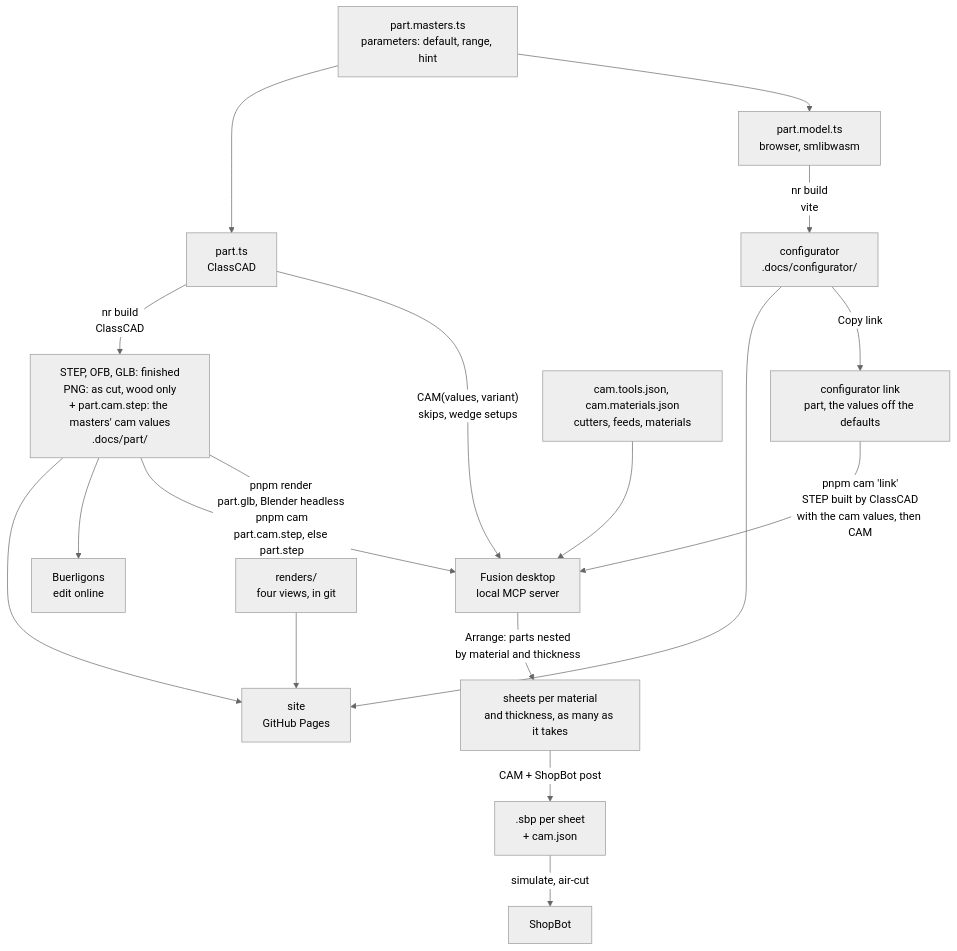
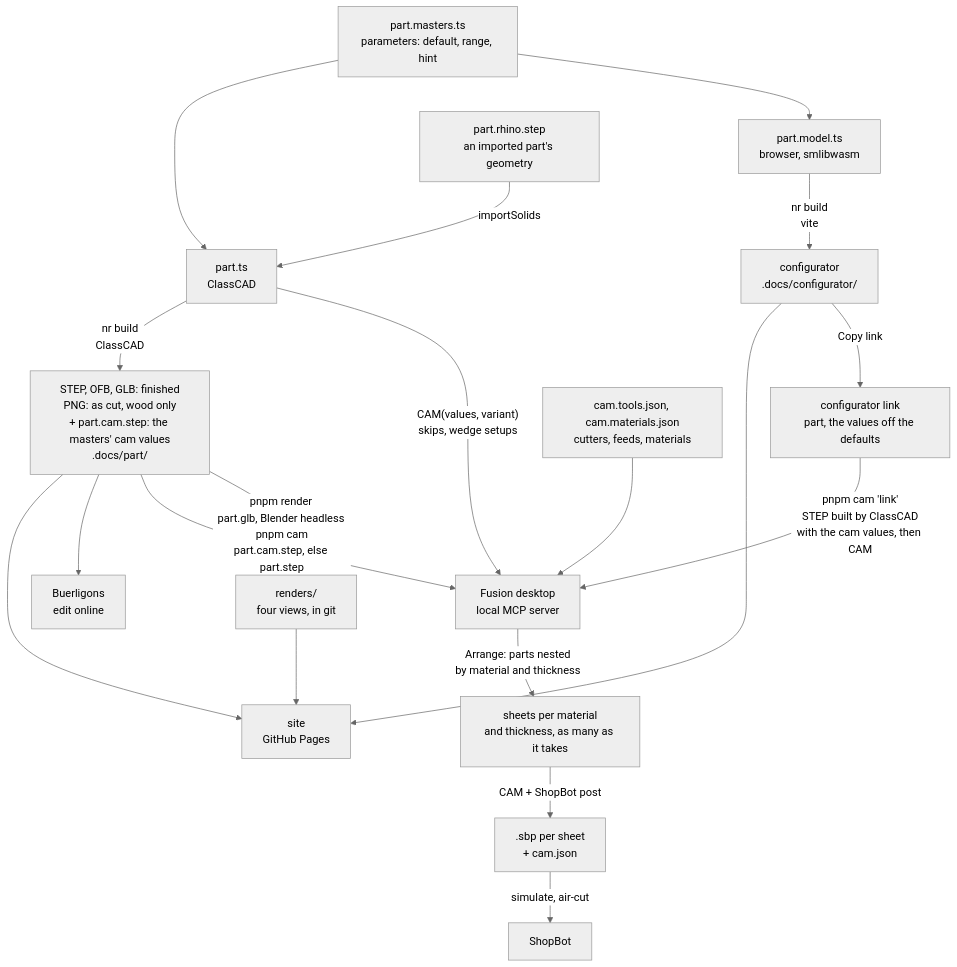
One commit to abernier/integral changed the diagram in README.md. Above: the diagram before and after it, drawn with Mermaid (neutral theme). The commit also changed other lines of this file and 9 other files, not shown here.

````diff
--- a/README.md
+++ b/README.md
@@ -58,20 +60,21 @@
 ```mermaid
 flowchart TD
   masters["part.masters.ts<br/>parameters: default, range, hint"] --> ts["part.ts<br/>ClassCAD"]
   masters --> model["part.model.ts<br/>browser, smlibwasm"]
+  rhino["part.rhino.step<br/>an imported part's geometry"] -->|importSolids| ts
   ts -->|nr build<br/>ClassCAD| out["STEP, OFB, GLB: finished<br/>PNG: as cut, wood only<br/>+ part.cam.step: the masters' cam values<br/>.docs/part/"]
   model -->|nr build<br/>vite| cfg["configurator<br/>.docs/configurator/"]
   out --> site["site<br/>GitHub Pages"]
   cfg --> site
   out --> bl["Buerligons<br/>edit online"]
   out -->|"pnpm cam<br/>part.cam.step, else part.step"| fusion["Fusion desktop<br/>local MCP server"]
   out -->|"pnpm render<br/>part.glb, Blender headless"| renders["renders/<br/>four views, in git"]
   renders --> site
   cfg -->|Copy link| link["configurator link<br/>part, the values off the defaults"]
   link -->|"pnpm cam 'link'<br/>STEP built by ClassCAD<br/>with the cam values, then CAM"| fusion
   ts -->|"CAM(values, variant)<br/>skips, wedge setups"| fusion
   tools["cam.tools.json, cam.materials.json<br/>cutters, feeds, materials"] --> fusion
   fusion -->|Arrange: parts nested<br/>by material and thickness| sheets["sheets per material<br/>and thickness, as many as it takes"]
   sheets -->|CAM + ShopBot post| sbp[".sbp per sheet<br/>+ cam.json"]
   sbp -->|simulate, air-cut| shopbot["ShopBot"]
 ```
````
